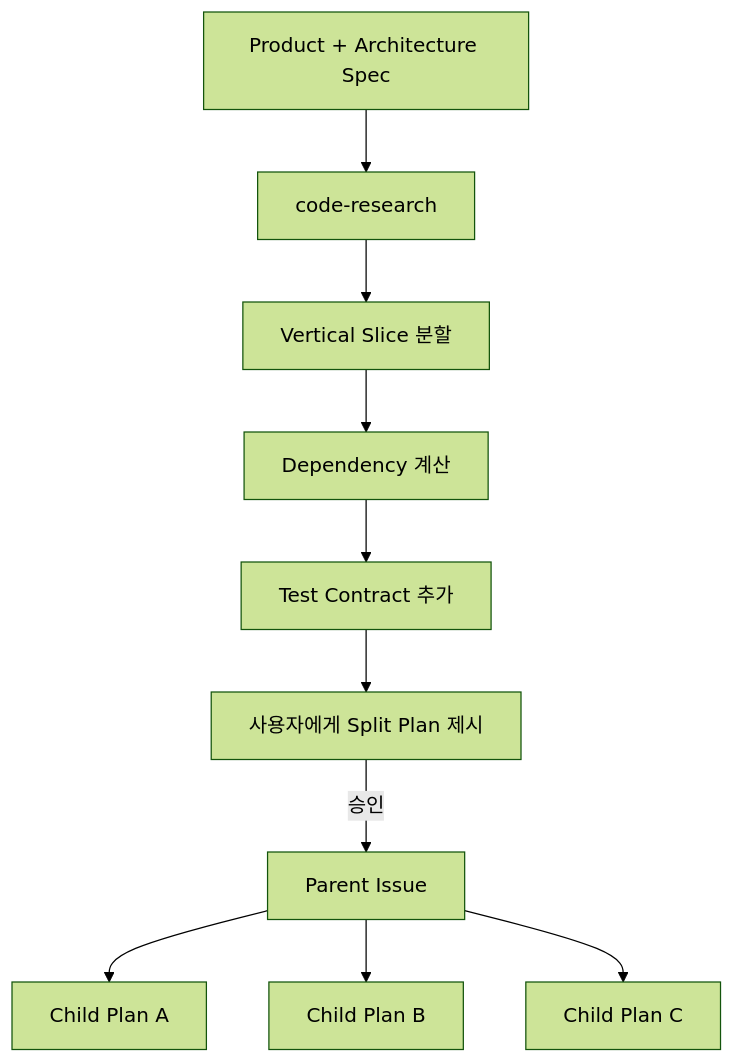
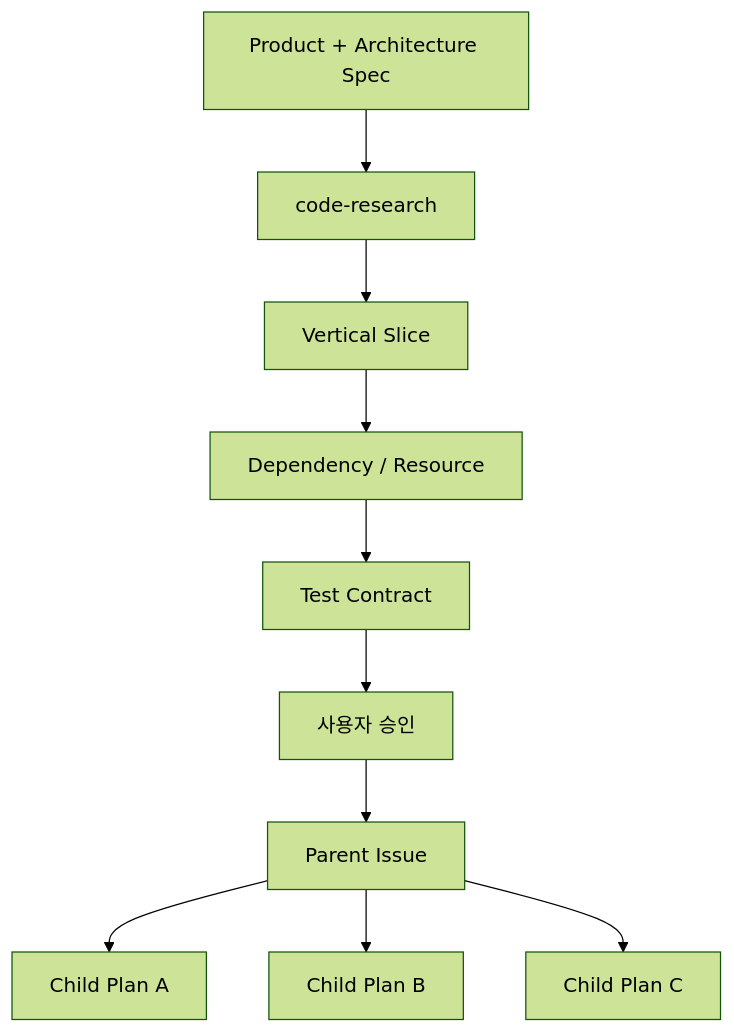
The second of 3 diagrams in README.md (omegafrog/harness-codex), drawn with Mermaid (forest theme) before and after one commit. The commit also changed other lines of this file, not shown here.

````diff
--- a/README.md
+++ b/README.md
@@ -183,12 +289,12 @@
 ```mermaid
 flowchart TD
     A["Product + Architecture Spec"] --> B["code-research"]
-    B --> C["Vertical Slice 분할"]
-    C --> D["Dependency 계산"]
-    D --> E["Test Contract 추가"]
-    E --> F["사용자에게 Split Plan 제시"]
-    F -->|승인| G["Parent Issue"]
+    B --> C["Vertical Slice"]
+    C --> D["Dependency / Resource"]
+    D --> E["Test Contract"]
+    E --> F["사용자 승인"]
+    F --> G["Parent Issue"]
     G --> H["Child Plan A"]
     G --> I["Child Plan B"]
     G --> J["Child Plan C"]
 ```
````
